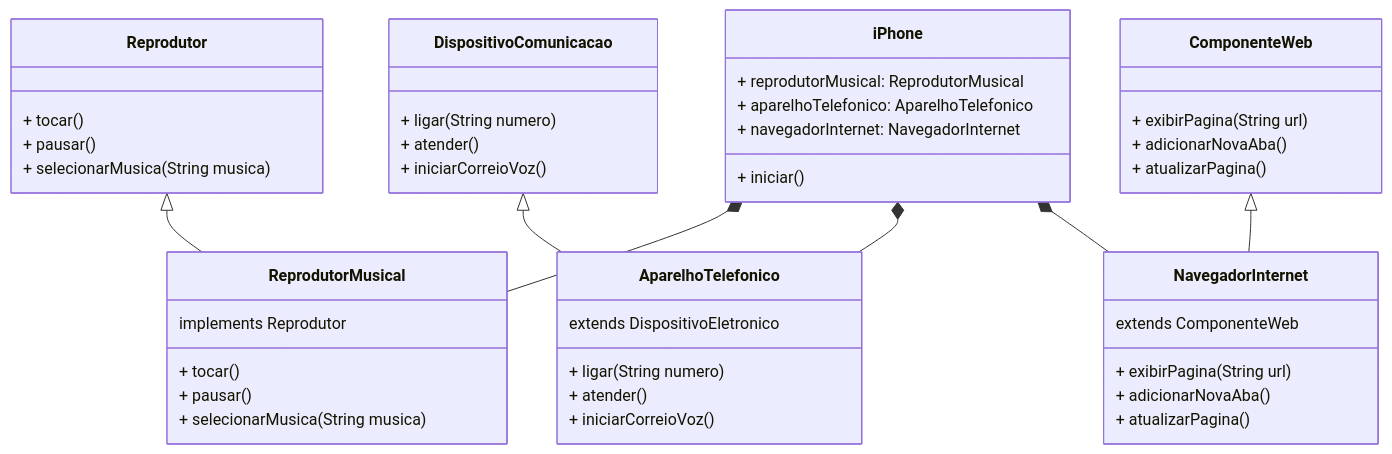
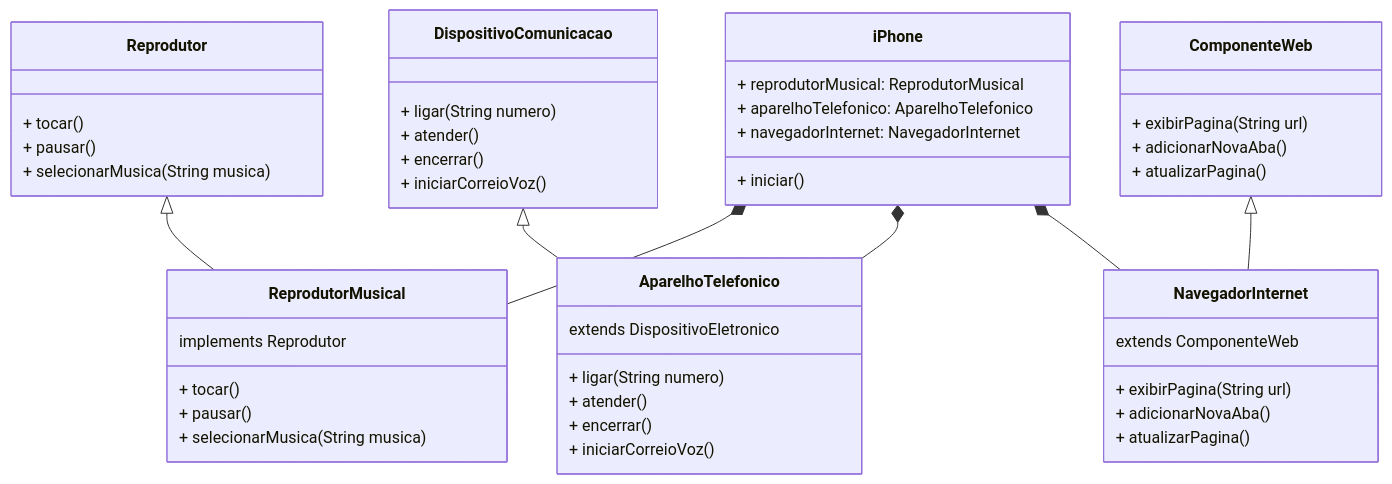
The diagram in Challenges/JavaPOOChallenges/iPhoneModelingUML/README.md (laiscrz/bootcamp-java-santander), drawn with Mermaid before and after one commit.

Commit message:
docs: update README.md in iPhoneModelingUML

````diff
--- a/Challenges/JavaPOOChallenges/iPhoneModelingUML/README.md
+++ b/Challenges/JavaPOOChallenges/iPhoneModelingUML/README.md
@@ -23,56 +23,58 @@
 ```mermaid
 classDiagram
     class Reprodutor {
         + tocar()
         + pausar()
         + selecionarMusica(String musica)
     }
 
     class ReprodutorMusical {
         implements Reprodutor
         + tocar()
         + pausar()
         + selecionarMusica(String musica)
     }
 
     class DispositivoComunicacao {
         + ligar(String numero)
         + atender()
+        + encerrar()
+        + iniciarCorreioVoz()
+    }
+
+    class AparelhoTelefonico {
+        extends DispositivoEletronico
+        + ligar(String numero)
+        + atender()
+        + encerrar()
         + iniciarCorreioVoz()
     }
 
     class ComponenteWeb {
         + exibirPagina(String url)
         + adicionarNovaAba()
         + atualizarPagina()
     }
 
     class NavegadorInternet {
         extends ComponenteWeb
         + exibirPagina(String url)
         + adicionarNovaAba()
         + atualizarPagina()
-    }
-
-    class AparelhoTelefonico {
-        extends DispositivoEletronico
-        + ligar(String numero)
-        + atender()
-        + iniciarCorreioVoz()
     }
 
     class iPhone {
         + reprodutorMusical: ReprodutorMusical
         + aparelhoTelefonico: AparelhoTelefonico
         + navegadorInternet: NavegadorInternet
         
         + iniciar()
     }
 
     Reprodutor <|-- ReprodutorMusical
     DispositivoComunicacao <|-- AparelhoTelefonico
     ComponenteWeb <|-- NavegadorInternet
     iPhone *-- ReprodutorMusical
     iPhone *-- AparelhoTelefonico
     iPhone *-- NavegadorInternet
 ```
````
